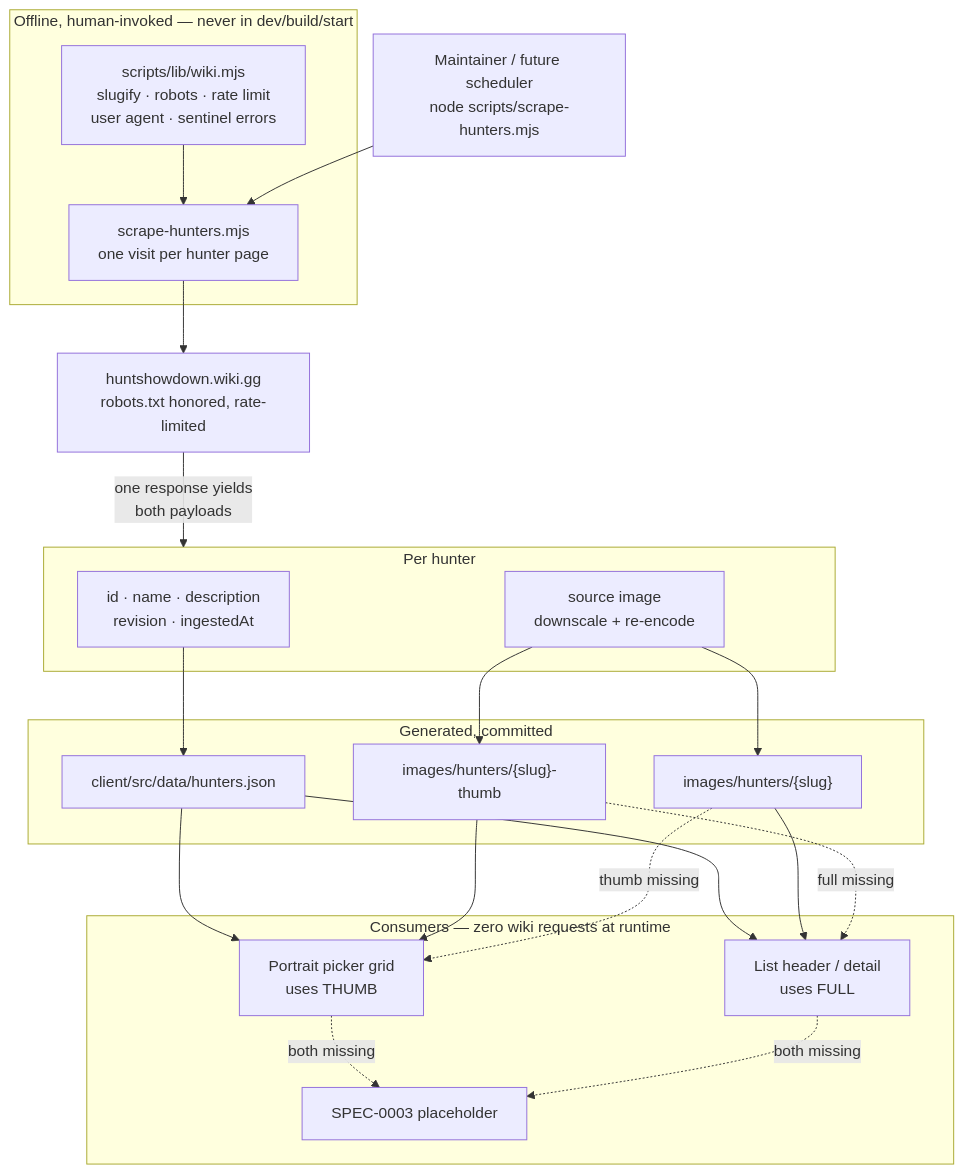
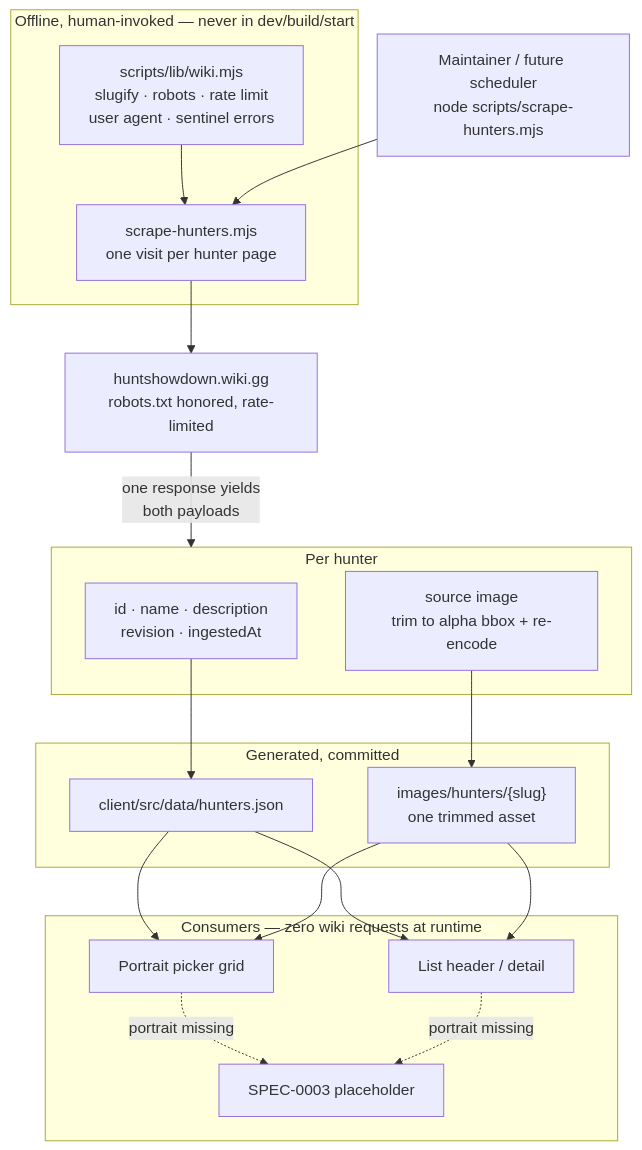
The diagram in docs/adrs/ADR-0007-hunter-roster-dataset.md (jonstump/the-outfitter), drawn with Mermaid before and after one commit. The commit also changed other lines of this file and 4 other files, not shown here.

````diff
--- a/docs/adrs/ADR-0007-hunter-roster-dataset.md
+++ b/docs/adrs/ADR-0007-hunter-roster-dataset.md
@@ -148,46 +148,42 @@
 ```mermaid
 flowchart TD
     DEV["Maintainer / future scheduler<br/>node scripts/scrape-hunters.mjs"]
 
     subgraph offline["Offline, human-invoked — never in dev/build/start"]
         LIB["scripts/lib/wiki.mjs<br/>slugify · robots · rate limit<br/>user agent · sentinel errors"]
         SH["scrape-hunters.mjs<br/>one visit per hunter page"]
         LIB --> SH
     end
 
     WIKI["huntshowdown.wiki.gg<br/>robots.txt honored, rate-limited"]
     DEV --> SH
     SH --> WIKI
 
     WIKI -->|"one response yields<br/>both payloads"| PROC
 
     subgraph PROC["Per hunter"]
         META["id · name · description<br/>revision · ingestedAt"]
-        IMG["source image<br/>downscale + re-encode"]
+        IMG["source image<br/>trim to alpha bbox + re-encode"]
     end
 
     subgraph committed["Generated, committed"]
         JSON["client/src/data/hunters.json"]
-        THUMB["images/hunters/{slug}-thumb"]
-        FULL["images/hunters/{slug}"]
+        ART["images/hunters/{slug}<br/>one trimmed asset"]
     end
 
     META --> JSON
-    IMG --> THUMB
-    IMG --> FULL
+    IMG --> ART
 
     subgraph consumers["Consumers — zero wiki requests at runtime"]
-        PICKER["Portrait picker grid<br/>uses THUMB"]
-        HEADER["List header / detail<br/>uses FULL"]
+        PICKER["Portrait picker grid"]
+        HEADER["List header / detail"]
         PH["SPEC-0003 placeholder"]
     end
 
     JSON --> PICKER
     JSON --> HEADER
-    THUMB --> PICKER
-    FULL --> HEADER
-    THUMB -.->|"full missing"| HEADER
-    FULL -.->|"thumb missing"| PICKER
-    PICKER -.->|"both missing"| PH
-    HEADER -.->|"both missing"| PH
+    ART --> PICKER
+    ART --> HEADER
+    PICKER -.->|"portrait missing"| PH
+    HEADER -.->|"portrait missing"| PH
 ```
````
